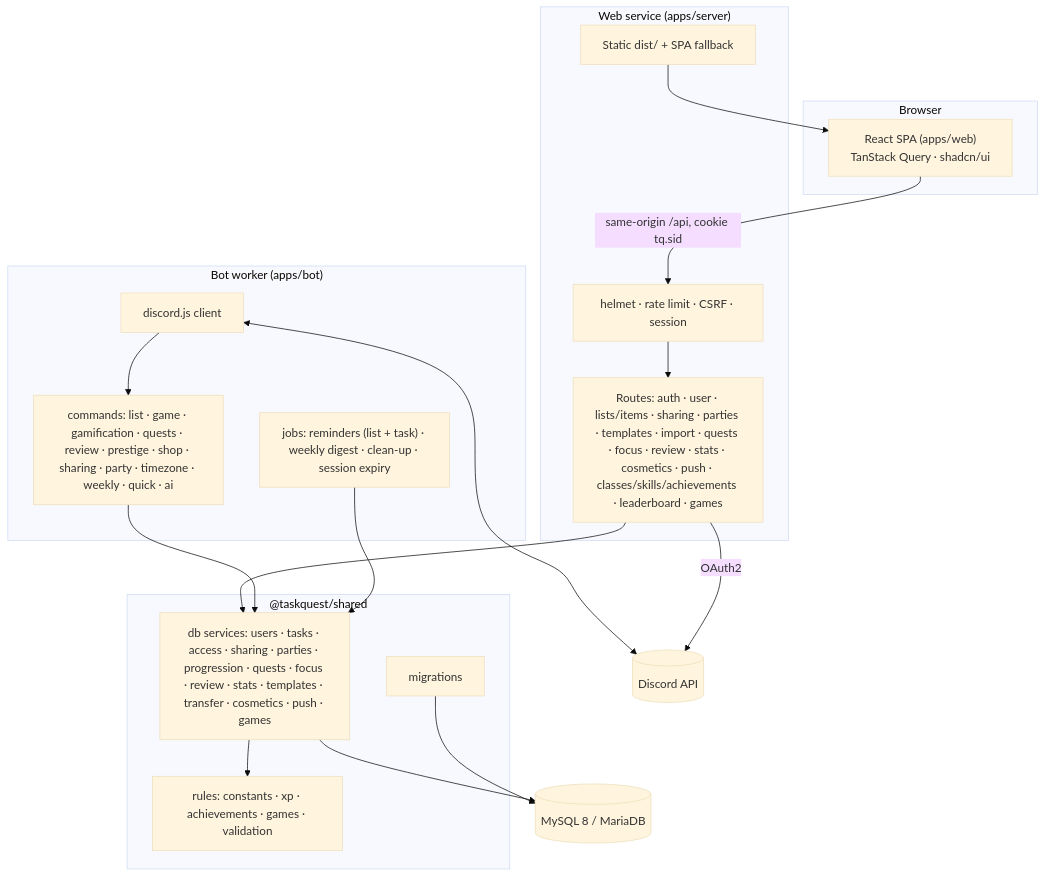
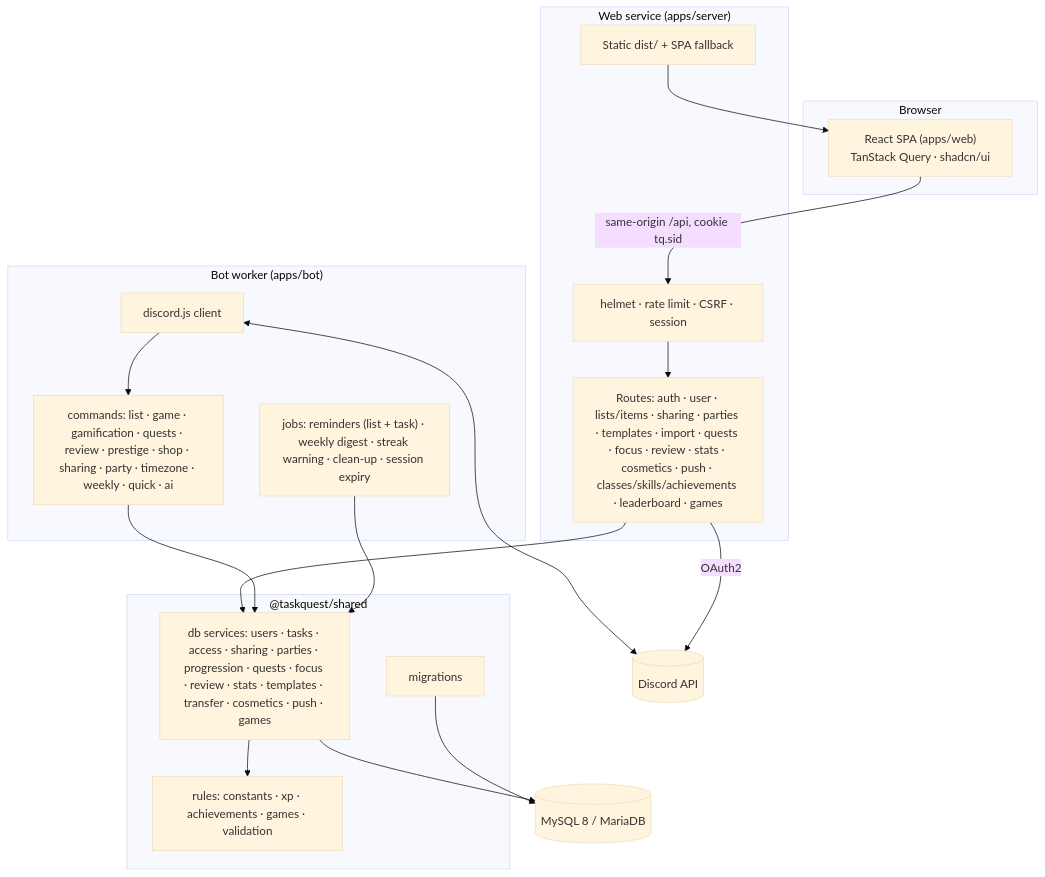
One commit to Mist10148/TaskQuest-Application changed the first of 2 diagrams in docs/ARCHITECTURE.md. Above: the diagram before and after it, drawn with Mermaid (base theme). The commit also changed other lines of this file and 17 other files, not shown here.

````diff
--- a/docs/ARCHITECTURE.md
+++ b/docs/ARCHITECTURE.md
@@ -23,33 +23,33 @@
 ```mermaid
 flowchart TB
     subgraph Browser
         SPA["React SPA (apps/web)<br/>TanStack Query · shadcn/ui"]
     end
     subgraph "Web service (apps/server)"
         MW["helmet · rate limit · CSRF · session"]
         R["Routes: auth · user · lists/items · sharing · parties · templates · import · quests · focus · review · stats · cosmetics · push · classes/skills/achievements · leaderboard · games"]
         STATIC["Static dist/ + SPA fallback"]
     end
     subgraph "Bot worker (apps/bot)"
         GW["discord.js client"]
         CMD["commands: list · game · gamification · quests · review · prestige · shop · sharing · party · timezone · weekly · quick · ai"]
-        JOBS["jobs: reminders (list + task) · weekly digest · clean-up · session expiry"]
+        JOBS["jobs: reminders (list + task) · weekly digest · streak warning · clean-up · session expiry"]
     end
     subgraph "@taskquest/shared"
         RULES["rules: constants · xp · achievements · games · validation"]
         SVC["db services: users · tasks · access · sharing · parties · progression · quests · focus · review · stats · templates · transfer · cosmetics · push · games"]
         MIG["migrations"]
     end
     DB[(MySQL 8 / MariaDB)]
     DISCORD[(Discord API)]
 
     SPA -->|"same-origin /api, cookie tq.sid"| MW --> R --> SVC
     STATIC --> SPA
     GW <--> DISCORD
     GW --> CMD --> SVC
     JOBS --> SVC
     R -->|OAuth2| DISCORD
     SVC --> RULES
     SVC --> DB
     MIG --> DB
 ```
````
